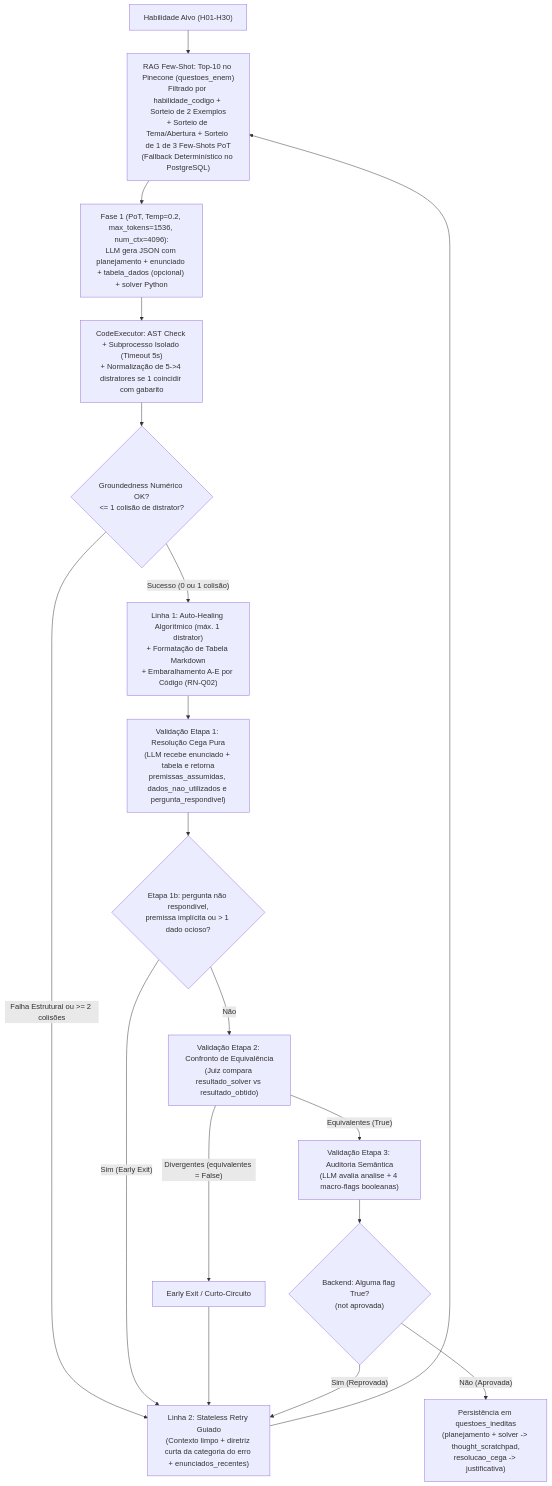
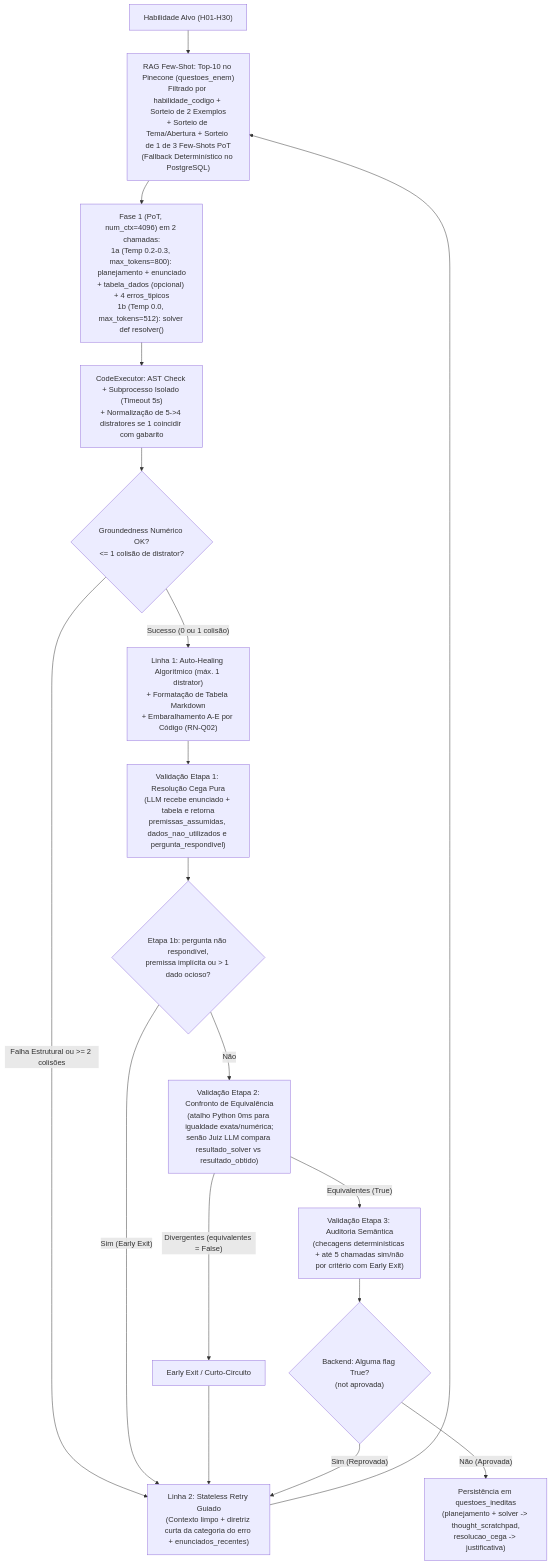
One commit to burnesz/vera changed the diagram in docs/02-dominios-e-fluxos/geracao-questoes-pot.md. Above: the diagram before and after it, drawn with Mermaid. The commit also changed other lines of this file and 1 other file, not shown here.

````diff
--- a/docs/02-dominios-e-fluxos/geracao-questoes-pot.md
+++ b/docs/02-dominios-e-fluxos/geracao-questoes-pot.md
@@ -28,20 +28,20 @@
 ```mermaid
 flowchart TD
     A["Habilidade Alvo (H01-H30)"] --> B["RAG Few-Shot: Top-10 no Pinecone (questoes_enem)\nFiltrado por habilidade_codigo + Sorteio de 2 Exemplos\n+ Sorteio de Tema/Abertura + Sorteio de 1 de 3 Few-Shots PoT\n(Fallback Determinístico no PostgreSQL)"]
-    B --> C["Fase 1 (PoT, Temp=0.2, max_tokens=1536, num_ctx=4096):\nLLM gera JSON com planejamento + enunciado + tabela_dados (opcional) + solver Python"]
+    B --> C["Fase 1 (PoT, num_ctx=4096) em 2 chamadas:\n1a (Temp 0.2-0.3, max_tokens=800): planejamento + enunciado\n+ tabela_dados (opcional) + 4 erros_tipicos\n1b (Temp 0.0, max_tokens=512): solver def resolver()"]
     C --> D["CodeExecutor: AST Check + Subprocesso Isolado (Timeout 5s)\n+ Normalização de 5->4 distratores se 1 coincidir com gabarito"]
     D --> E{"Groundedness Numérico OK?\n<= 1 colisão de distrator?"}
     E -- "Falha Estrutural ou >= 2 colisões" --> F["Linha 2: Stateless Retry Guiado\n(Contexto limpo + diretriz curta da categoria do erro + enunciados_recentes)"]
     F --> B
     E -- "Sucesso (0 ou 1 colisão)" --> G["Linha 1: Auto-Healing Algorítmico (máx. 1 distrator)\n+ Formatação de Tabela Markdown\n+ Embaralhamento A-E por Código (RN-Q02)"]
     G --> H["Validação Etapa 1: Resolução Cega Pura\n(LLM recebe enunciado + tabela e retorna\npremissas_assumidas, dados_nao_utilizados e pergunta_respondivel)"]
     H --> H2{"Etapa 1b: pergunta não respondível,\npremissa implícita ou > 1 dado ocioso?"}
     H2 -- "Sim (Early Exit)" --> F
-    H2 -- "Não" --> I["Validação Etapa 2: Confronto de Equivalência\n(Juiz compara resultado_solver vs resultado_obtido)"]
+    H2 -- "Não" --> I["Validação Etapa 2: Confronto de Equivalência\n(atalho Python 0ms para igualdade exata/numérica;\nsenão Juiz LLM compara resultado_solver vs resultado_obtido)"]
     I -- "Divergentes (equivalentes = False)" --> J["Early Exit / Curto-Circuito"]
     J --> F
-    I -- "Equivalentes (True)" --> K["Validação Etapa 3: Auditoria Semântica\n(LLM avalia analise + 4 macro-flags booleanas)"]
+    I -- "Equivalentes (True)" --> K["Validação Etapa 3: Auditoria Semântica\n(checagens determinísticas + até 5 chamadas sim/não\npor critério com Early Exit)"]
     K --> L{"Backend: Alguma flag True?\n(not aprovada)"}
     L -- "Sim (Reprovada)" --> F
     L -- "Não (Aprovada)" --> M["Persistência em questoes_ineditas\n(planejamento + solver -> thought_scratchpad,\nresolucao_cega -> justificativa)"]
 ```
````
